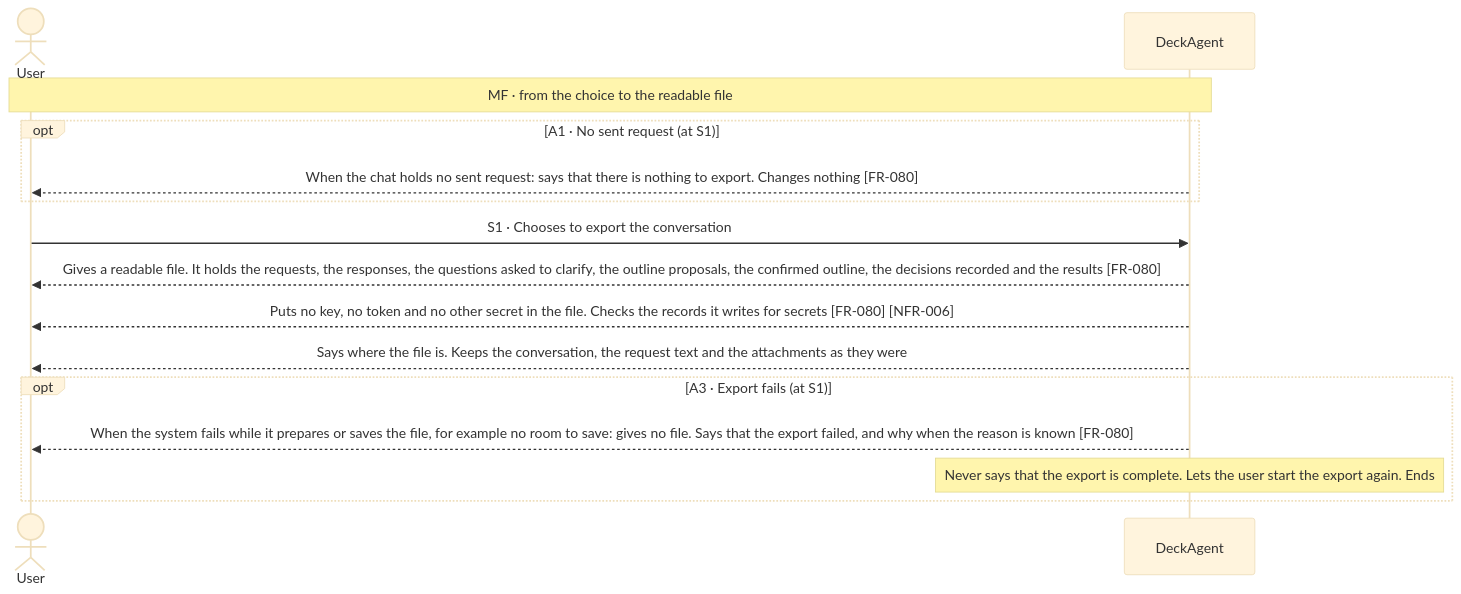
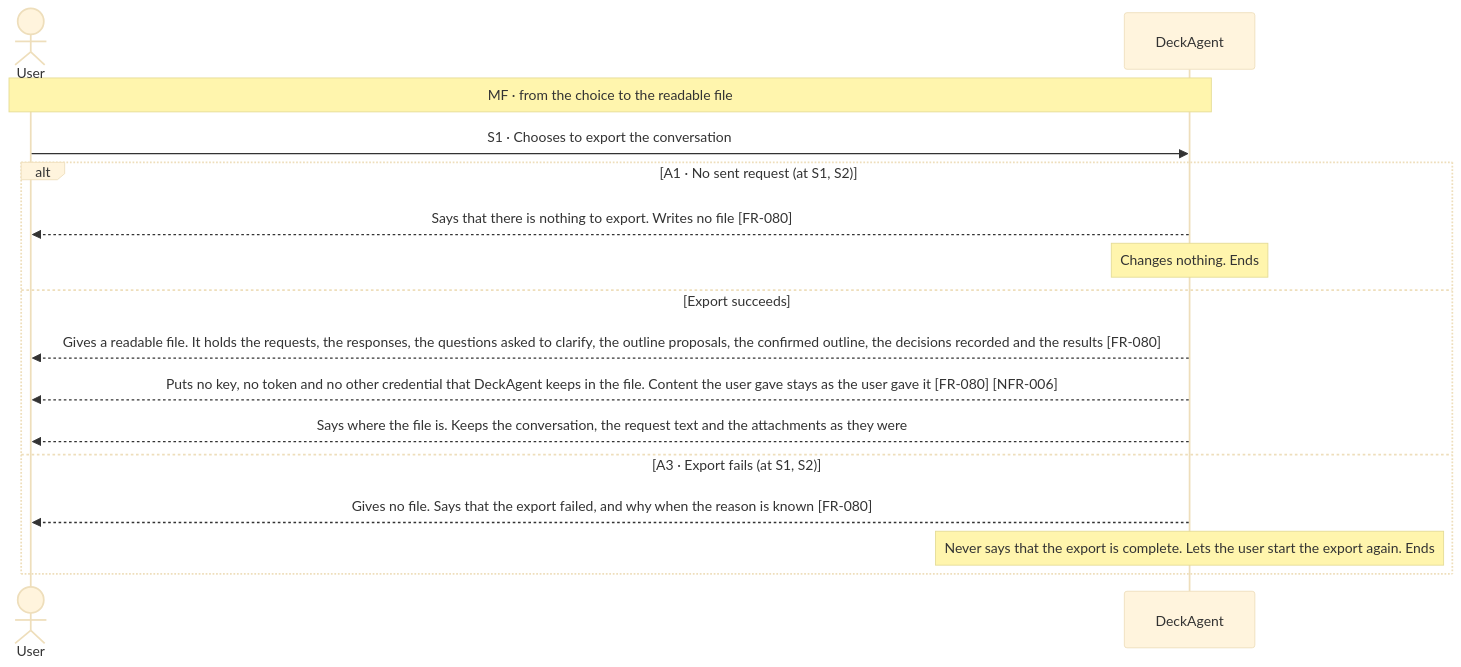
One commit to Luke23127006/DeckAgent changed the first of 2 diagrams in docs/spec/03-use-cases/UC-016.md. Above: the diagram before and after it, drawn with Mermaid (base theme). The commit also changed other lines of this file and 19 other files, not shown here.

Commit message:
docs(spec): fix permission boundary, diagram branches and spec cleanup

````diff
--- a/docs/spec/03-use-cases/UC-016.md
+++ b/docs/spec/03-use-cases/UC-016.md
@@ -39,17 +39,18 @@
 ```mermaid
 sequenceDiagram
     actor User
     participant DeckAgent
     Note over User,DeckAgent: MF · from the choice to the readable file
-    opt A1 · No sent request (at S1)
-        DeckAgent-->>User: When the chat holds no sent request: says that there is nothing to export. Changes nothing [FR-080]
-    end
     User->>DeckAgent: S1 · Chooses to export the conversation
-    DeckAgent-->>User: Gives a readable file. It holds the requests, the responses, the questions asked to clarify, the outline proposals, the confirmed outline, the decisions recorded and the results [FR-080]
-    DeckAgent-->>User: Puts no key, no token and no other secret in the file. Checks the records it writes for secrets [FR-080] [NFR-006]
-    DeckAgent-->>User: Says where the file is. Keeps the conversation, the request text and the attachments as they were
-    opt A3 · Export fails (at S1)
-        DeckAgent-->>User: When the system fails while it prepares or saves the file, for example no room to save: gives no file. Says that the export failed, and why when the reason is known [FR-080]
+    alt A1 · No sent request (at S1, S2)
+        DeckAgent-->>User: Says that there is nothing to export. Writes no file [FR-080]
+        note over DeckAgent: Changes nothing. Ends
+    else Export succeeds
+        DeckAgent-->>User: Gives a readable file. It holds the requests, the responses, the questions asked to clarify, the outline proposals, the confirmed outline, the decisions recorded and the results [FR-080]
+        DeckAgent-->>User: Puts no key, no token and no other credential that DeckAgent keeps in the file. Content the user gave stays as the user gave it [FR-080] [NFR-006]
+        DeckAgent-->>User: Says where the file is. Keeps the conversation, the request text and the attachments as they were
+    else A3 · Export fails (at S1, S2)
+        DeckAgent-->>User: Gives no file. Says that the export failed, and why when the reason is known [FR-080]
         note over DeckAgent: Never says that the export is complete. Lets the user start the export again. Ends
     end
 ```
````
